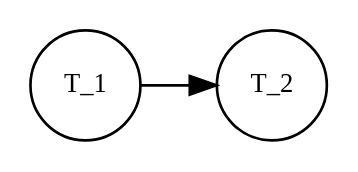
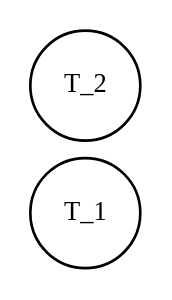
One commit to Occams/WS11-12 changed the diagram in Transaktionssysteme/Uebung/uebung05/graph_2_b_2.dot. Above: the diagram before and after it, drawn with Graphviz. The commit also changed 8 other files, not shown here.

```diff
--- a/Transaktionssysteme/Uebung/uebung05/graph_2_b_2.dot
+++ b/Transaktionssysteme/Uebung/uebung05/graph_2_b_2.dot
@@ -1,5 +1,6 @@
 digraph G {
 	graph [ranksep=0.4, nodesep=0.1,rankdir=LR]
  	 node [shape=circle,fontsize=10];
-	"T_1" -> "T_2"
+	"T_1"
+	"T_2"
 }
```
